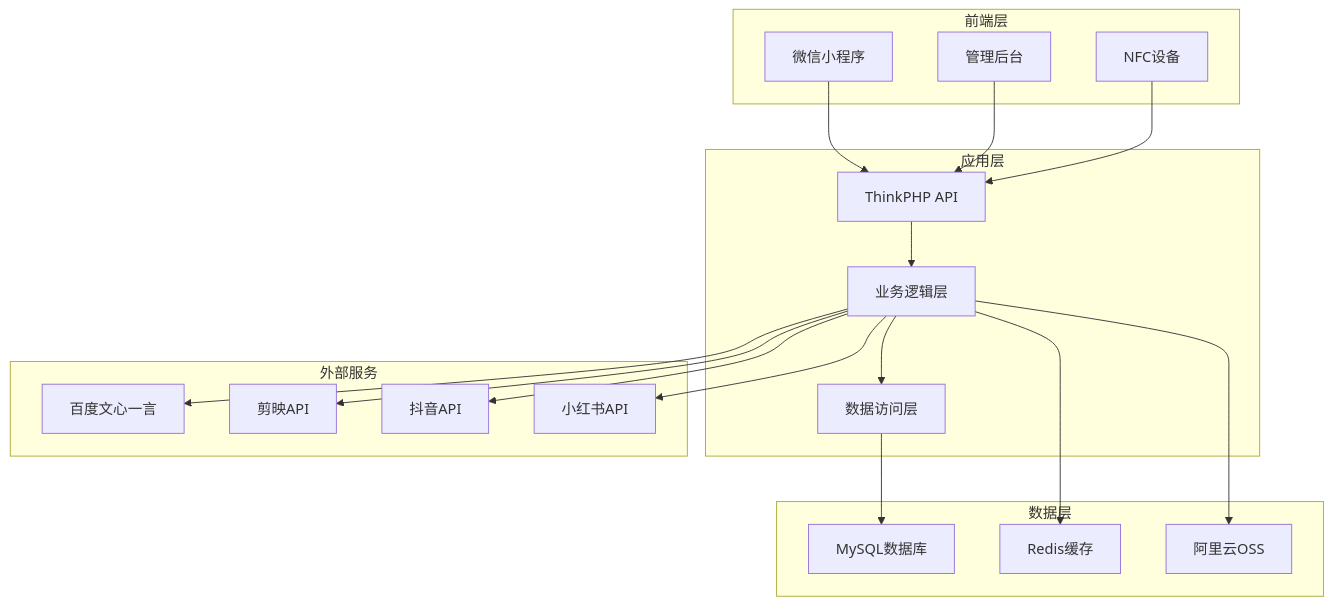
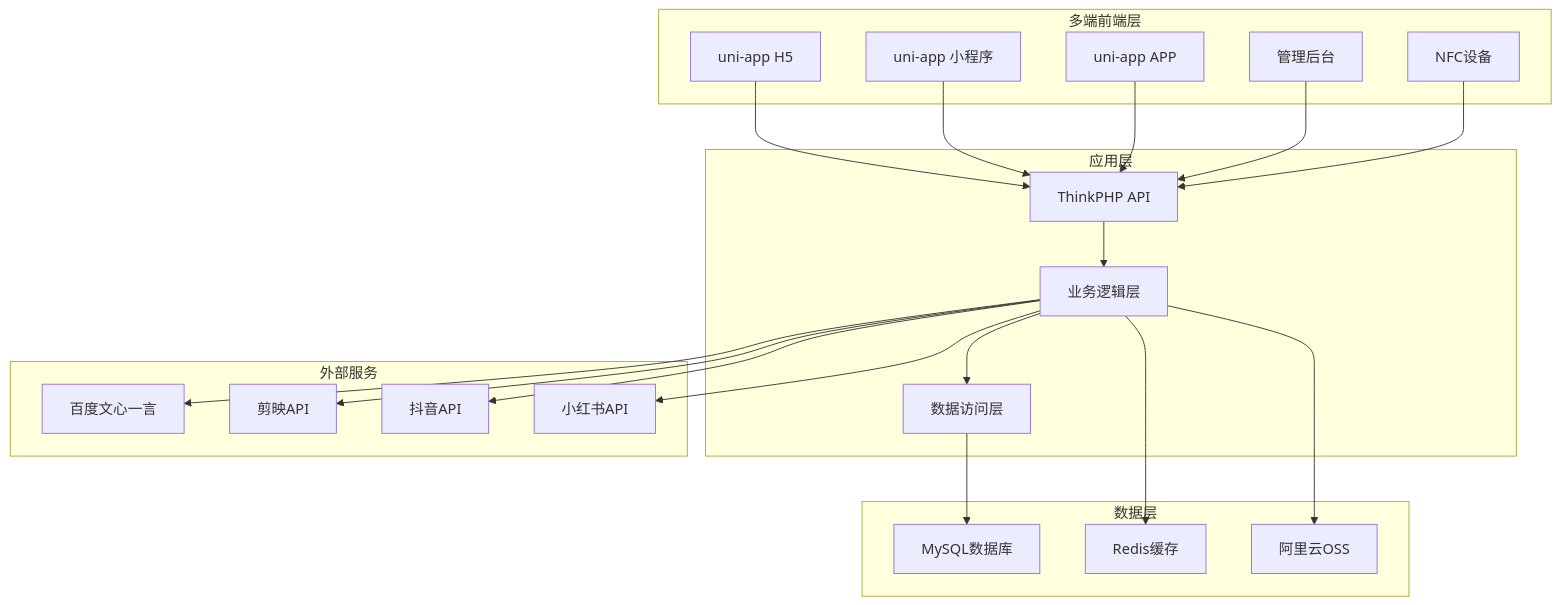
Before and after one commit to shandian909520/xiaomotui: the first of 2 diagrams in .claude/commands/xiaomotui/task-23.md, drawn with Mermaid. The commit also changed other lines of this file and 21590 other files, not shown here.

````diff
--- a/.claude/commands/xiaomotui/task-23.md
+++ b/.claude/commands/xiaomotui/task-23.md
@@ -465,40 +495,44 @@
 ```mermaid
 graph TB
-    subgraph "前端层"
-        A[微信小程序]
-        B[管理后台]
-        C[NFC设备]
+    subgraph "多端前端层"
+        A[uni-app H5]
+        B[uni-app 小程序]
+        C[uni-app APP]
+        D[管理后台]
+        E[NFC设备]
     end
 
     subgraph "应用层"
-        D[ThinkPHP API]
-        E[业务逻辑层]
-        F[数据访问层]
+        F[ThinkPHP API]
+        G[业务逻辑层]
+        H[数据访问层]
     end
 
     subgraph "数据层"
-        G[MySQL数据库]
-        H[Redis缓存]
-        I[阿里云OSS]
+        I[MySQL数据库]
+        J[Redis缓存]
+        K[阿里云OSS]
     end
 
     subgraph "外部服务"
-        J[百度文心一言]
-        K[剪映API]
-        L[抖音API]
-        M[小红书API]
+        L[百度文心一言]
+        M[剪映API]
+        N[抖音API]
+        O[小红书API]
     end
 
-    A --> D
-    B --> D
-    C --> D
-    D --> E
+    A --> F
+    B --> F
+    C --> F
+    D --> F
     E --> F
     F --> G
-    E --> H
-    E --> I
-    E --> J
-    E --> K
-    E --> L
-    E --> M
+    G --> H
+    H --> I
+    G --> J
+    G --> K
+    G --> L
+    G --> M
+    G --> N
+    G --> O
 ```
````
